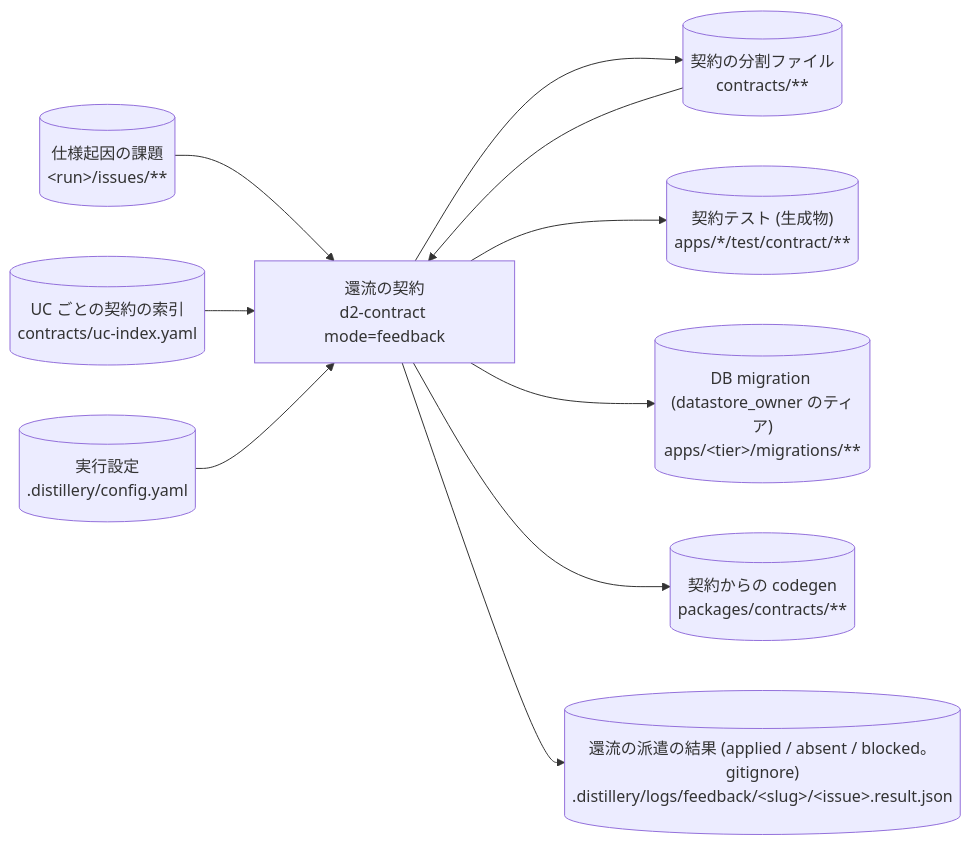
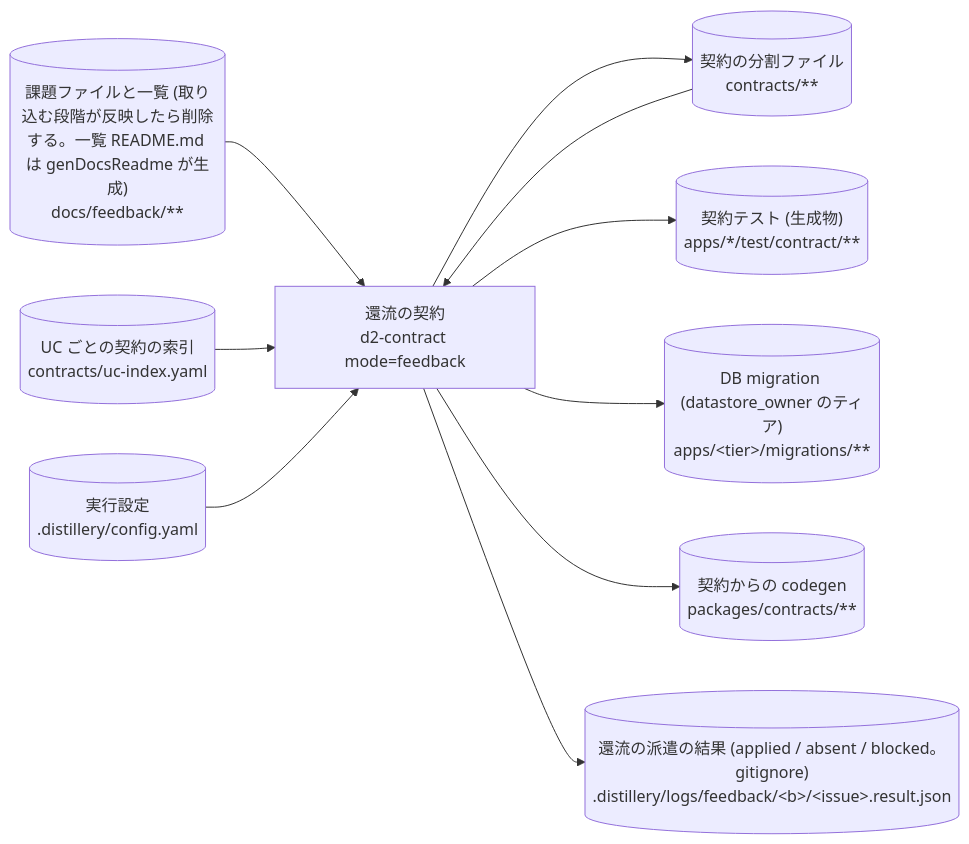
Diagram 33 of 45 in plugins/distillery2/skills/d2-common/references/dataflow.md (suwa-sh/suwa-sh-claude-plugins), drawn with Mermaid before and after one commit. The commit also changed other lines of this file and 22 other files, not shown here.

````diff
--- a/plugins/distillery2/skills/d2-common/references/dataflow.md
+++ b/plugins/distillery2/skills/d2-common/references/dataflow.md
@@ -703,21 +831,21 @@
 ```mermaid
 flowchart LR
   p_contract_feedback["還流の契約<br/>d2-contract mode=feedback"]
-  s_issues[("仕様起因の課題<br/>#lt;run#gt;/issues/**")]
+  s_feedback_docs[("課題ファイルと一覧 (取り込む段階が反映したら削除する。一覧 README.md は genDocsReadme が生成)<br/>docs/feedback/**")]
   s_contracts_src[("契約の分割ファイル<br/>contracts/**")]
   s_uc_index[("UC ごとの契約の索引<br/>contracts/uc-index.yaml")]
   s_config[("実行設定<br/>.distillery/config.yaml")]
   s_contract_tests[("契約テスト (生成物)<br/>apps/*/test/contract/**")]
   s_migrations[("DB migration (datastore_owner のティア)<br/>apps/#lt;tier#gt;/migrations/**")]
   s_contracts_code[("契約からの codegen<br/>packages/contracts/**")]
-  s_feedback_result[("還流の派遣の結果 (applied / absent / blocked。gitignore)<br/>.distillery/logs/feedback/#lt;slug#gt;/#lt;issue#gt;.result.json")]
-  s_issues --> p_contract_feedback
+  s_feedback_result[("還流の派遣の結果 (applied / absent / blocked。gitignore)<br/>.distillery/logs/feedback/#lt;b#gt;/#lt;issue#gt;.result.json")]
+  s_feedback_docs --> p_contract_feedback
   s_contracts_src --> p_contract_feedback
   s_uc_index --> p_contract_feedback
   s_config --> p_contract_feedback
   p_contract_feedback --> s_contracts_src
   p_contract_feedback --> s_contract_tests
   p_contract_feedback --> s_migrations
   p_contract_feedback --> s_contracts_code
   p_contract_feedback --> s_feedback_result
 ```
````
